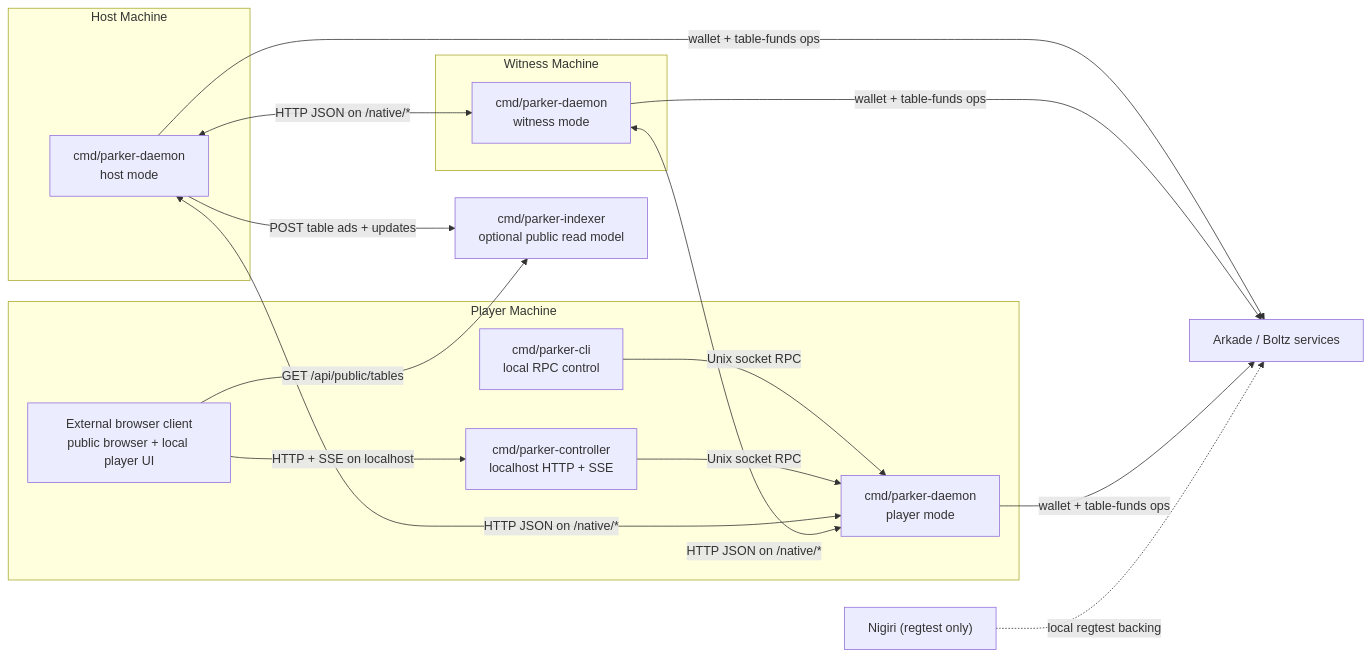
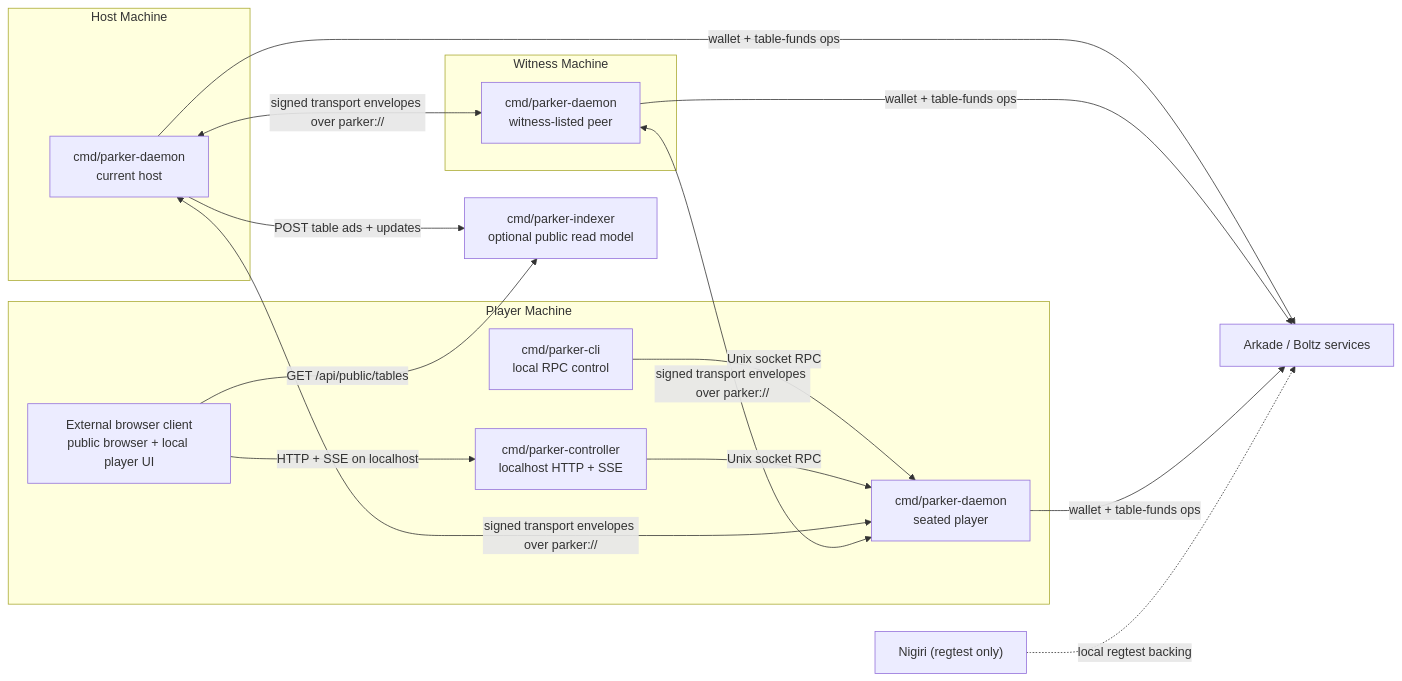
The diagram in docs/architecture.md (parkerpoker/parkerd), drawn with Mermaid before and after one commit. The commit also changed other lines of this file and 17 other files, not shown here.

````diff
--- a/docs/architecture.md
+++ b/docs/architecture.md
@@ -206,37 +224,37 @@
 ```mermaid
 flowchart LR
   subgraph "Host Machine"
-    HostDaemon["cmd/parker-daemon<br/>host mode"]
+    HostDaemon["cmd/parker-daemon<br/>current host"]
   end
 
   subgraph "Witness Machine"
-    WitnessDaemon["cmd/parker-daemon<br/>witness mode"]
+    WitnessDaemon["cmd/parker-daemon<br/>witness-listed peer"]
   end
 
   subgraph "Player Machine"
     PlayerCLI["cmd/parker-cli<br/>local RPC control"]
     Controller["cmd/parker-controller<br/>localhost HTTP + SSE"]
     BrowserUI["External browser client<br/>public browser + local player UI"]
-    PlayerDaemon["cmd/parker-daemon<br/>player mode"]
+    PlayerDaemon["cmd/parker-daemon<br/>seated player"]
     PlayerCLI -->|"Unix socket RPC"| PlayerDaemon
     Controller -->|"Unix socket RPC"| PlayerDaemon
     BrowserUI -->|"HTTP + SSE on localhost"| Controller
   end
 
   Indexer["cmd/parker-indexer<br/>optional public read model"]
   Arkade["Arkade / Boltz services"]
   Nigiri["Nigiri (regtest only)"]
 
-  HostDaemon <-->|"HTTP JSON on /native/*"| WitnessDaemon
-  HostDaemon <-->|"HTTP JSON on /native/*"| PlayerDaemon
-  WitnessDaemon <-->|"HTTP JSON on /native/*"| PlayerDaemon
+  HostDaemon <-->|"signed transport envelopes over parker://"| WitnessDaemon
+  HostDaemon <-->|"signed transport envelopes over parker://"| PlayerDaemon
+  WitnessDaemon <-->|"signed transport envelopes over parker://"| PlayerDaemon
 
   HostDaemon -->|"wallet + table-funds ops"| Arkade
   WitnessDaemon -->|"wallet + table-funds ops"| Arkade
   PlayerDaemon -->|"wallet + table-funds ops"| Arkade
 
   HostDaemon -->|"POST table ads + updates"| Indexer
   BrowserUI -->|"GET /api/public/tables"| Indexer
 
   Nigiri -.->|"local regtest backing"| Arkade
 ```
````
